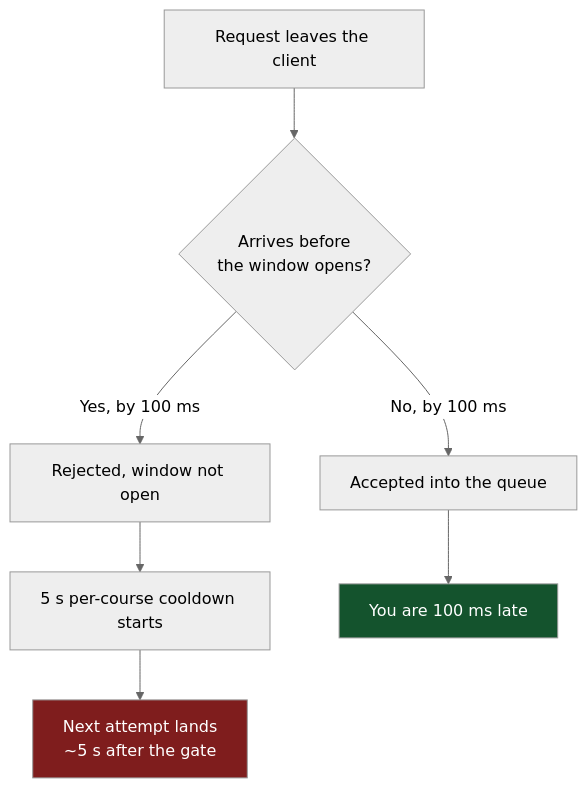
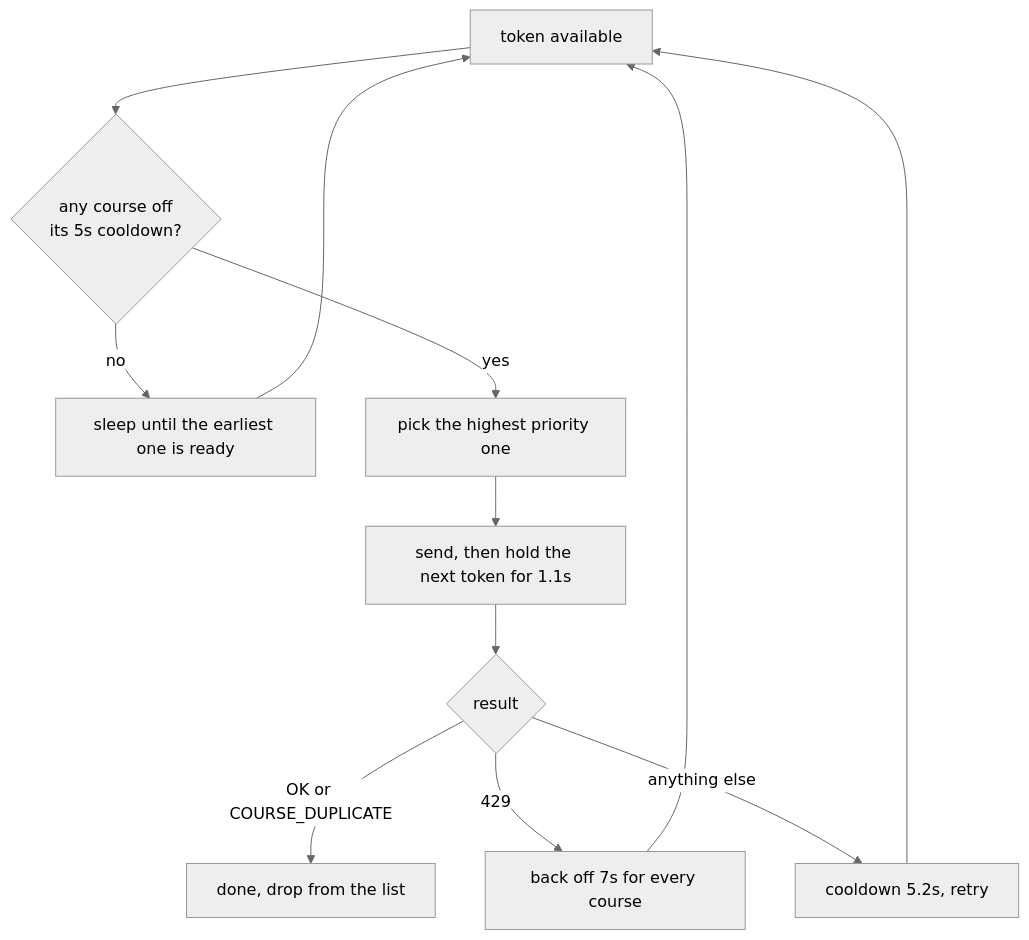
Before and after one commit to erfnzdeh/my.edu.sharif.edu-sniper: the third of 3 diagrams in README.md, drawn with Mermaid (neutral theme). The commit also changed other lines of this file, not shown here.

````diff
--- a/README.md
+++ b/README.md
@@ -86,12 +126,11 @@
 ```mermaid
 flowchart TD
-    A[Request leaves the client] --> B{Arrives before<br/>the window opens?}
-    B -->|Yes, by 100 ms| C[Rejected, window not open]
-    C --> D[5 s per-course cooldown starts]
-    D --> E[Next attempt lands<br/>~5 s after the gate]
-    B -->|No, by 100 ms| F[Accepted into the queue]
-    F --> G[You are 100 ms late]
-
-    style E fill:#7f1d1d,color:#fff
-    style G fill:#14532d,color:#fff
+    A["token available"] --> B{"any course off<br/>its 5s cooldown?"}
+    B -->|no| C["sleep until the earliest one is ready"] --> A
+    B -->|yes| D["pick the highest priority one"]
+    D --> E["send, then hold the next token for 1.1s"]
+    E --> F{"result"}
+    F -->|"OK or COURSE_DUPLICATE"| G["done, drop from the list"]
+    F -->|"429"| H["back off 7s for every course"] --> A
+    F -->|"anything else"| I["cooldown 5.2s, retry"] --> A
 ```
````
